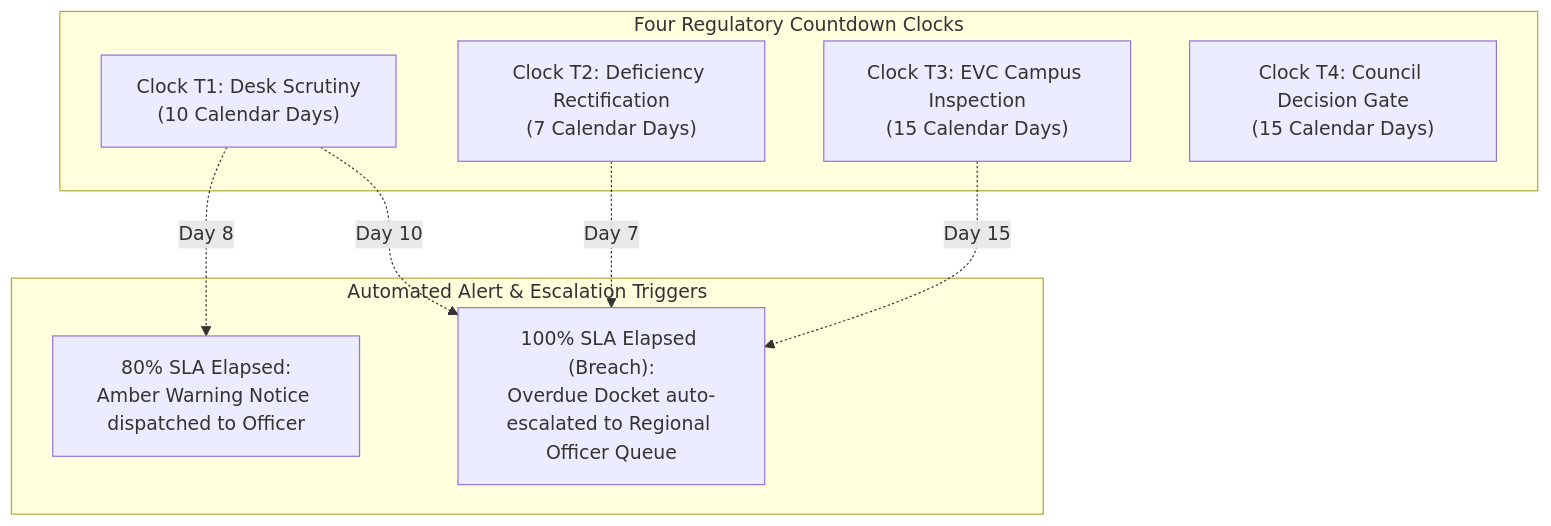
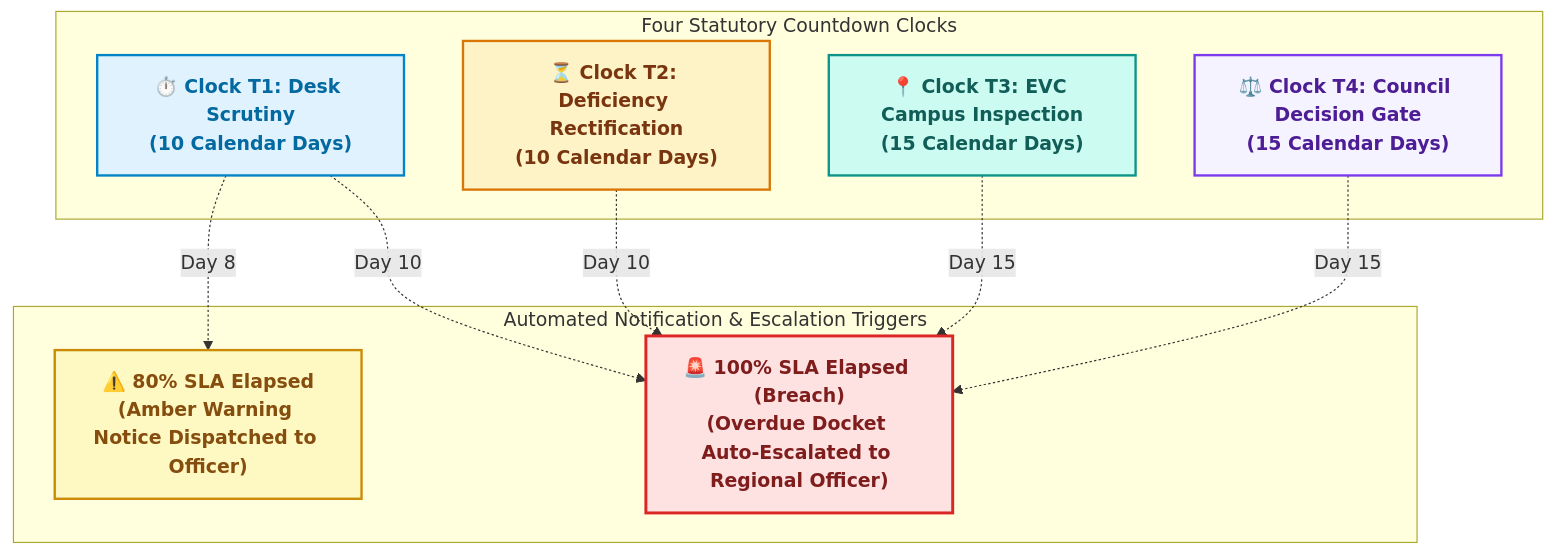
Before and after one commit to Parth-Chavan-15/SIH-2026-AICTE: the fourth of 4 diagrams in README.md, drawn with Mermaid. The commit also changed other lines of this file and 11 other files, not shown here.

Commit message:
docs: regenerate canonical specifications, verification dossier, and finalize README with click-to-view diagrams

````diff
--- a/README.md
+++ b/README.md
@@ -338,19 +374,27 @@
 ```mermaid
 flowchart TD
-    subgraph CLOCKS["Four Regulatory Countdown Clocks"]
-        C1["Clock T1: Desk Scrutiny\n(10 Calendar Days)"]
-        C2["Clock T2: Deficiency Rectification\n(7 Calendar Days)"]
-        C3["Clock T3: EVC Campus Inspection\n(15 Calendar Days)"]
-        C4["Clock T4: Council Decision Gate\n(15 Calendar Days)"]
+    classDef c1 fill:#E0F2FE,stroke:#0284C7,stroke-width:2px,color:#0369A1,font-weight:bold;
+    classDef c2 fill:#FEF3C7,stroke:#D97706,stroke-width:2px,color:#78350F,font-weight:bold;
+    classDef c3 fill:#CCFBF1,stroke:#0D9488,stroke-width:2px,color:#115E59,font-weight:bold;
+    classDef c4 fill:#F5F3FF,stroke:#7C3AED,stroke-width:2px,color:#4C1D95,font-weight:bold;
+    classDef warn fill:#FEF9C3,stroke:#CA8A04,stroke-width:2px,color:#854D0E,font-weight:bold;
+    classDef breach fill:#FEE2E2,stroke:#DC2626,stroke-width:2.5px,color:#7F1D1D,font-weight:bold;
+
+    subgraph CLOCKS["Four Statutory Countdown Clocks"]
+        C1["⏱️ Clock T1: Desk Scrutiny<br/>(10 Calendar Days)"]:::c1
+        C2["⏳ Clock T2: Deficiency Rectification<br/>(10 Calendar Days)"]:::c2
+        C3["📍 Clock T3: EVC Campus Inspection<br/>(15 Calendar Days)"]:::c3
+        C4["⚖️ Clock T4: Council Decision Gate<br/>(15 Calendar Days)"]:::c4
     end
 
-    subgraph ESCALATION["Automated Alert & Escalation Triggers"]
-        WARN["80% SLA Elapsed:\nAmber Warning Notice dispatched to Officer"]
-        BREACH["100% SLA Elapsed (Breach):\nOverdue Docket auto-escalated to Regional Officer Queue"]
+    subgraph TRIGGERS["Automated Notification & Escalation Triggers"]
+        W["⚠️ 80% SLA Elapsed<br/>(Amber Warning Notice Dispatched to Officer)"]:::warn
+        B["🚨 100% SLA Elapsed (Breach)<br/>(Overdue Docket Auto-Escalated to Regional Officer)"]:::breach
     end
 
-    C1 -.->|Day 8| WARN
-    C1 -.->|Day 10| BREACH
-    C2 -.->|Day 7| BREACH
-    C3 -.->|Day 15| BREACH
+    C1 -.->|Day 8| W
+    C1 -.->|Day 10| B
+    C2 -.->|Day 10| B
+    C3 -.->|Day 15| B
+    C4 -.->|Day 15| B
 ```
````
